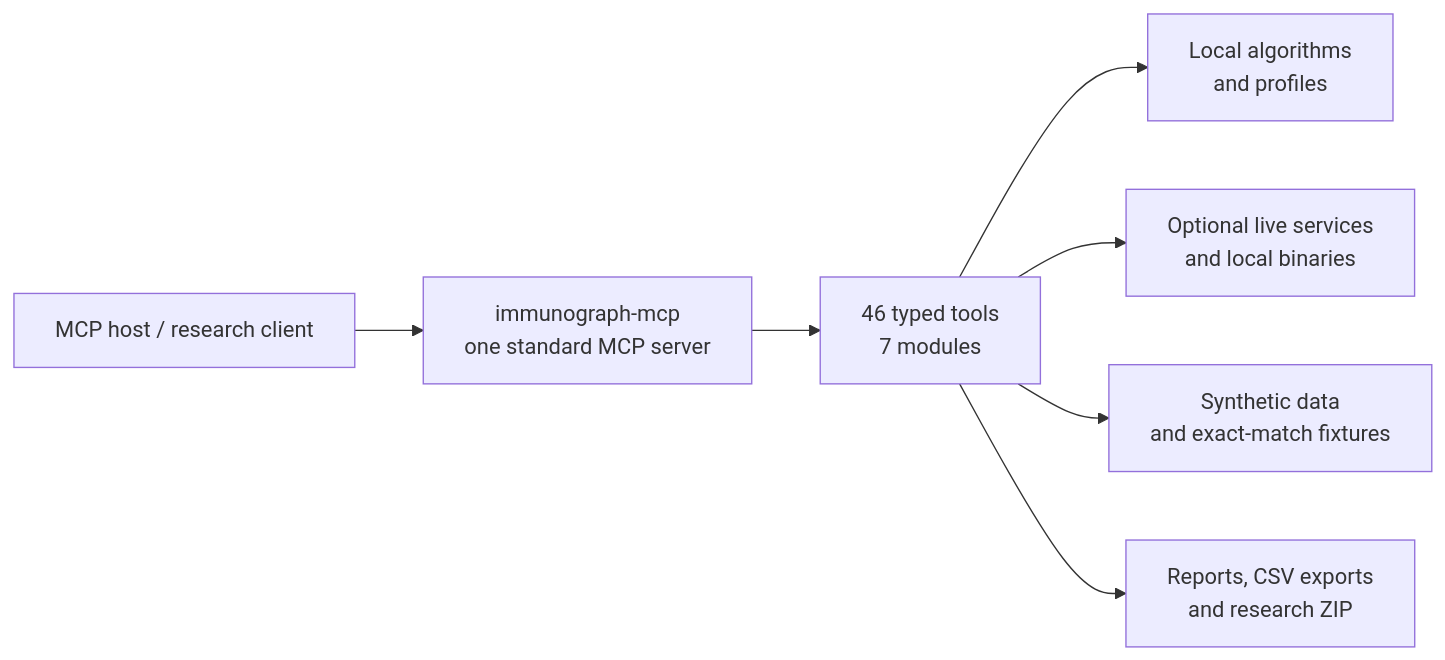
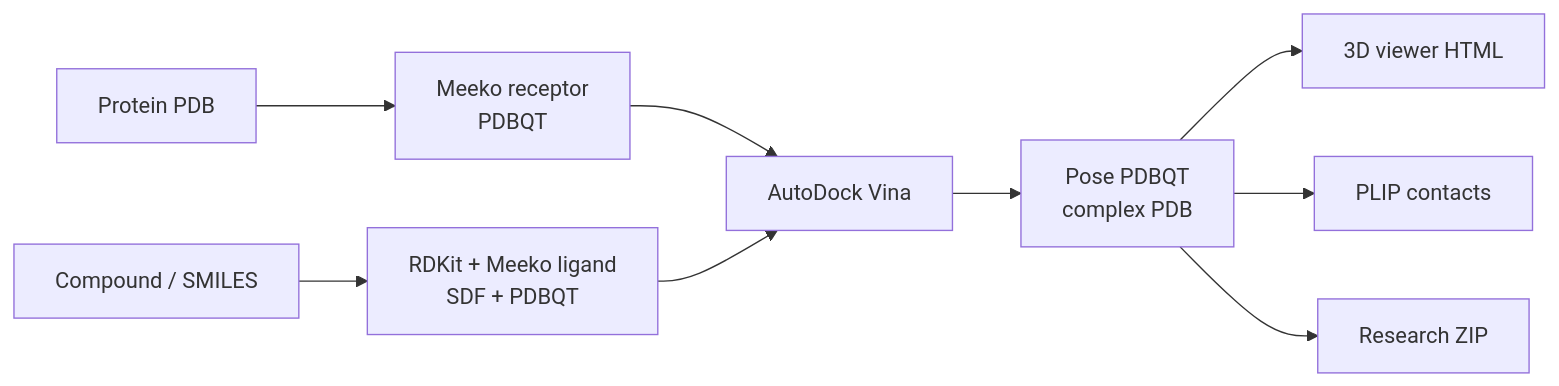
One commit to Ajey95/immuno-graph changed the third of 3 diagrams in README.md. Above: the diagram before and after it, drawn with Mermaid. The commit also changed other lines of this file and 2 other files, not shown here.

````diff
--- a/README.md
+++ b/README.md
@@ -182,9 +123,11 @@
 ```mermaid
 flowchart LR
-    Host["MCP host / research client"] --> Server["immunograph-mcp<br/>one standard MCP server"]
-    Server --> Tools["46 typed tools<br/>7 modules"]
-    Tools --> Algorithms["Local algorithms<br/>and profiles"]
-    Tools --> Live["Optional live services<br/>and local binaries"]
-    Tools --> Fixtures["Synthetic data<br/>and exact-match fixtures"]
-    Tools --> Export["Reports, CSV exports<br/>and research ZIP"]
+    P["Protein PDB"] --> R["Meeko receptor<br/>PDBQT"]
+    L["Compound / SMILES"] --> M["RDKit + Meeko ligand<br/>SDF + PDBQT"]
+    R --> V["AutoDock Vina"]
+    M --> V
+    V --> POSE["Pose PDBQT<br/>complex PDB"]
+    POSE --> VIEW["3D viewer HTML"]
+    POSE --> PLIP["PLIP contacts"]
+    POSE --> ZIP["Research ZIP"]
 ```
````
